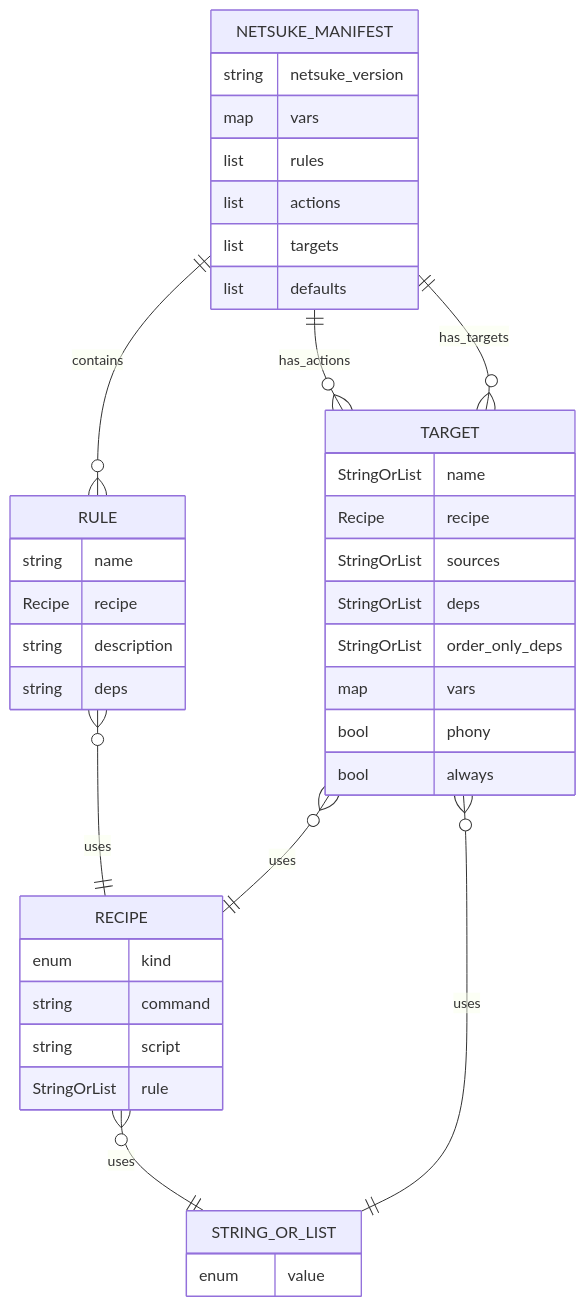
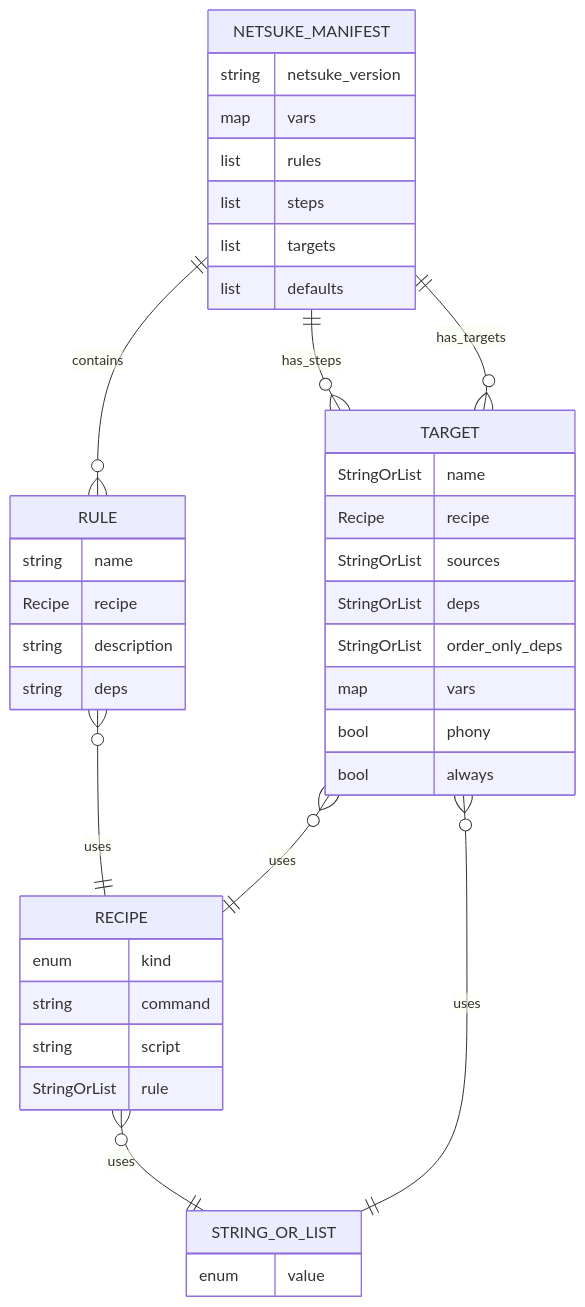
Before and after one commit to leynos/netsuke: the second of 2 diagrams in docs/netsuke-design.md, drawn with Mermaid. The commit also changed other lines of this file and 8 other files, not shown here.

````diff
--- a/docs/netsuke-design.md
+++ b/docs/netsuke-design.md
@@ -190,43 +190,43 @@
 ```mermaid
 erDiagram
     NETSUKE_MANIFEST {
         string netsuke_version
         map vars
         list rules
-        list actions
+        list steps
         list targets
         list defaults
     }
     RULE {
         string name
         Recipe recipe
         string description
         string deps
     }
     TARGET {
         StringOrList name
         Recipe recipe
         StringOrList sources
         StringOrList deps
         StringOrList order_only_deps
         map vars
         bool phony
         bool always
     }
     RECIPE {
         enum kind
         string command
         string script
         StringOrList rule
     }
     STRING_OR_LIST {
         enum value
     }
     NETSUKE_MANIFEST ||--o{ RULE : contains
-    NETSUKE_MANIFEST ||--o{ TARGET : has_actions
+    NETSUKE_MANIFEST ||--o{ TARGET : has_steps
     NETSUKE_MANIFEST ||--o{ TARGET : has_targets
     RULE }o--|| RECIPE : uses
     TARGET }o--|| RECIPE : uses
     TARGET }o--|| STRING_OR_LIST : uses
     RECIPE }o--|| STRING_OR_LIST : uses
 ```
````
